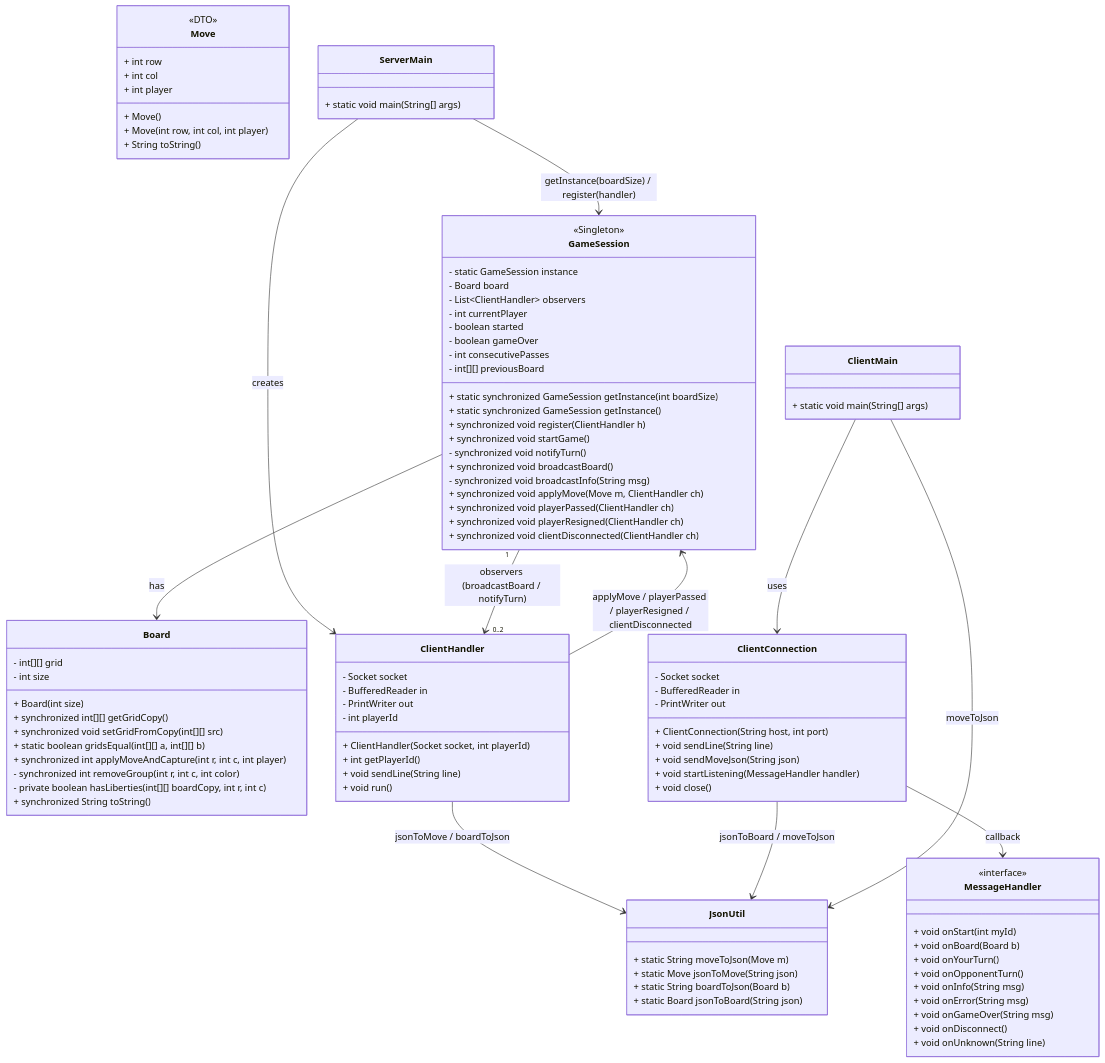
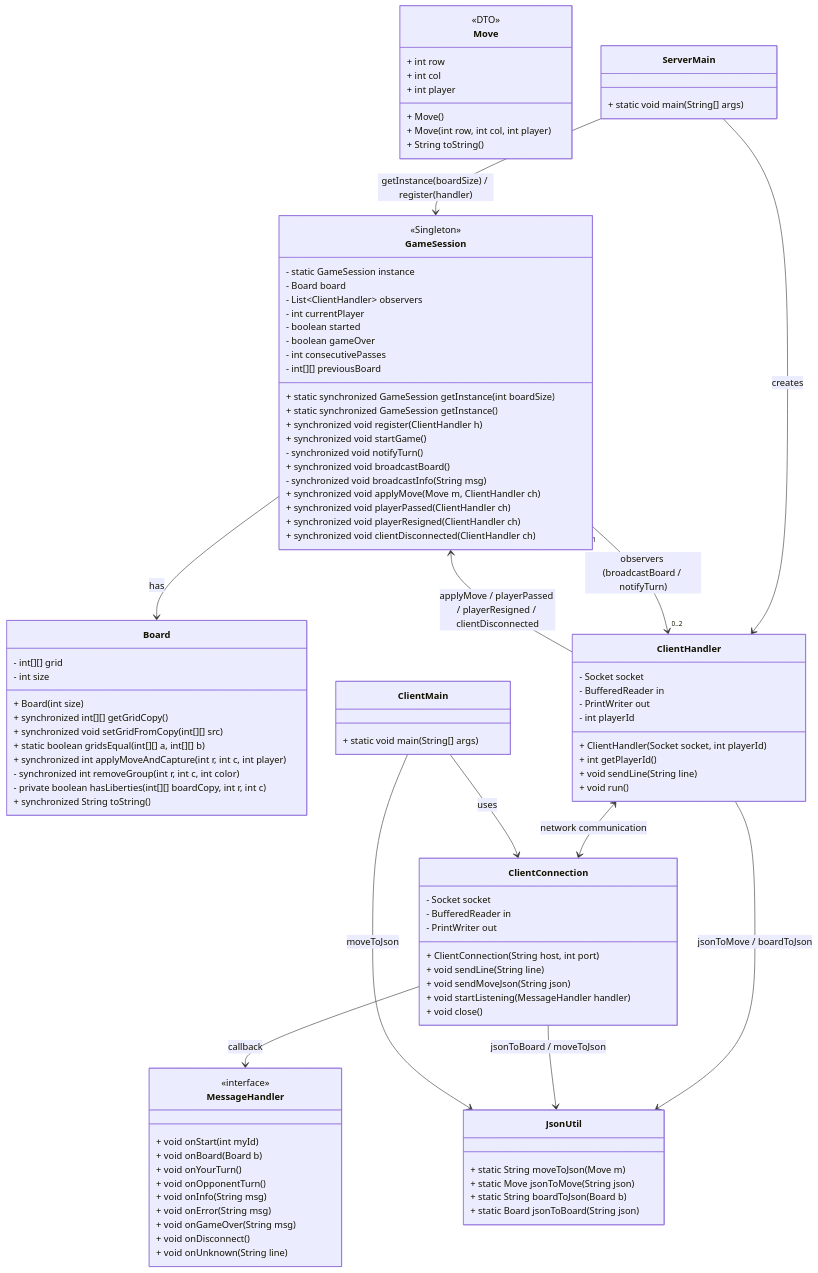
One commit to adam-1020/lab4 changed the diagram in diagram.md. Above: the diagram before and after it, drawn with Mermaid.

Commit message:
diagram correction for ClientHandler network communication

```diff
--- a/diagram.md
+++ b/diagram.md
@@ -132,6 +132,9 @@
 %% ClientHandler uses GameSession and JsonUtil
     ClientHandler --> GameSession : applyMove / playerPassed / playerResigned / clientDisconnected
     ClientHandler --> JsonUtil : jsonToMove / boardToJson
+    
+%% Server–Client communication
+    ClientHandler <--> ClientConnection : network communication
 
 %% Client side relations
     ClientMain --> ClientConnection : uses
```
